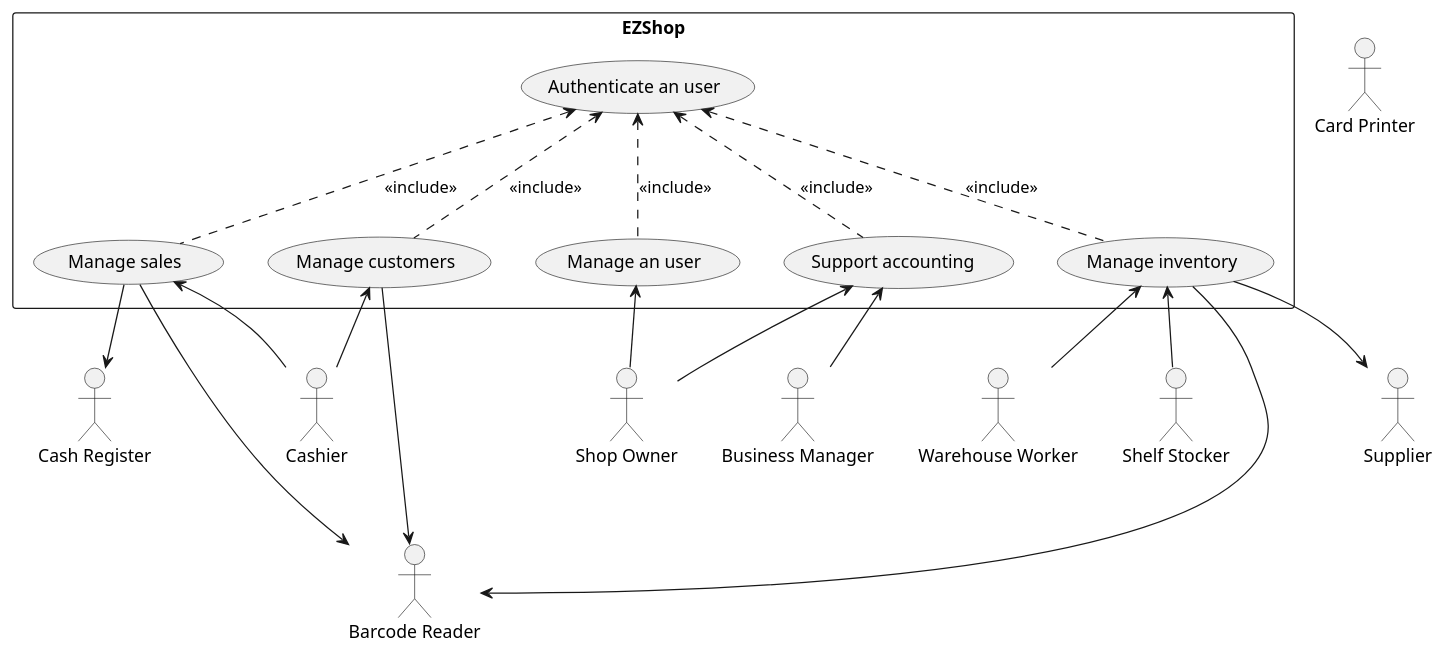
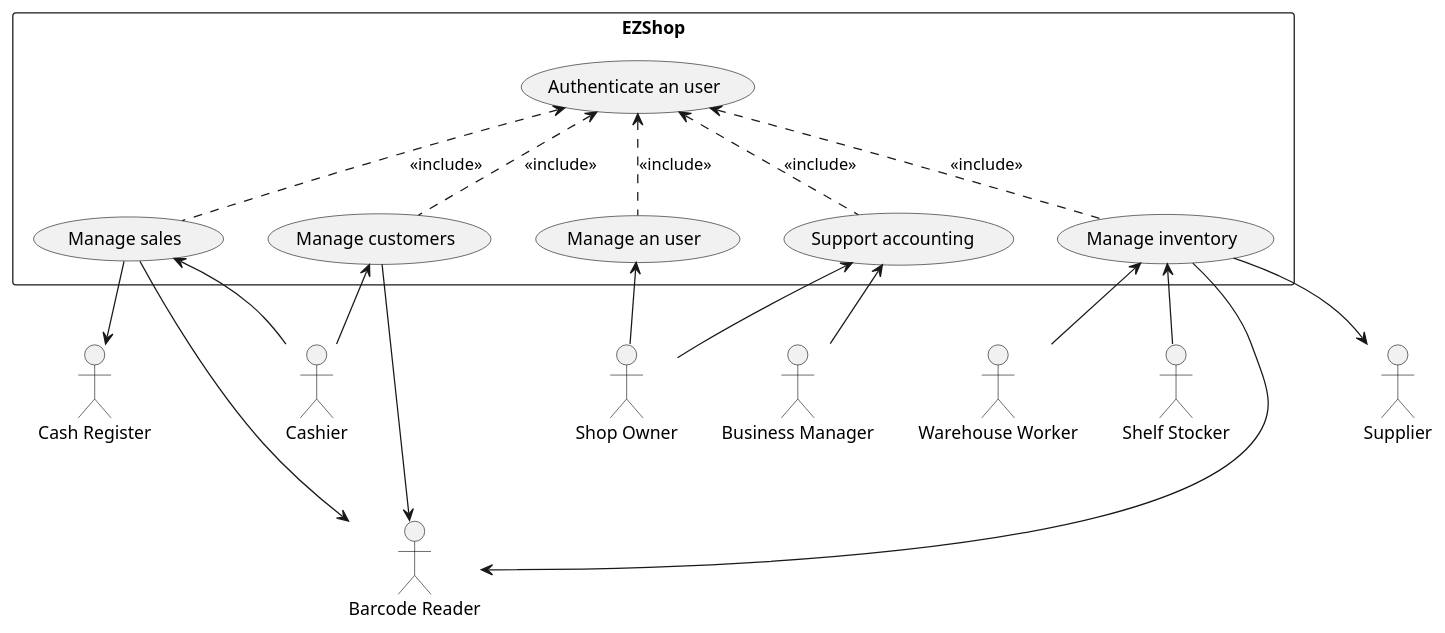
One commit to gioele-scaletta/EZShop-Software-Engineering-Project changed the second of 5 diagrams in Deliverables/RequirementsDocument.md. Above: the diagram before and after it, drawn with PlantUML. The commit also changed other lines of this file, not shown here.

Commit message:
version_1.4

````diff
--- a/Deliverables/RequirementsDocument.md
+++ b/Deliverables/RequirementsDocument.md
@@ -169,46 +170,46 @@
 ```plantuml
 actor "Shop Owner" as so
 actor "Cashier" as c
 actor "Warehouse Worker" as ww
 actor "Shelf Stocker" as ss
 actor "Barcode Reader" as br
 actor "Cash Register" as cr
-actor "Card Printer" as cp
+
 actor "Supplier" as s
 actor "Business Manager" as bm
  
 rectangle EZShop {
     usecase "Authenticate an user" as F1
     usecase "Manage an user" as F2
     usecase "Manage sales" as F3
     usecase "Manage inventory" as F4
     usecase "Manage customers" as F5
     usecase "Support accounting " as F6
 }
  
 F1 <.. F2 : <<include>>
 F1 <.. F3 : <<include>>
 F1 <.. F4 : <<include>>
 F1 <.. F5 : <<include>>
 F1 <.. F6 : <<include>>
 
  
 F2 <-- so
 
 F3 <-- c
 F3 --> cr
 F3 ---> br
  
 F4 ---> br
 F4 <-- ww
 F4 <-- ss
  
 F4 --> s
  
 F5 <-- c
 F5 ---> br
  
 F6 <-- bm
 F6 <-- so
 
 ```
````
